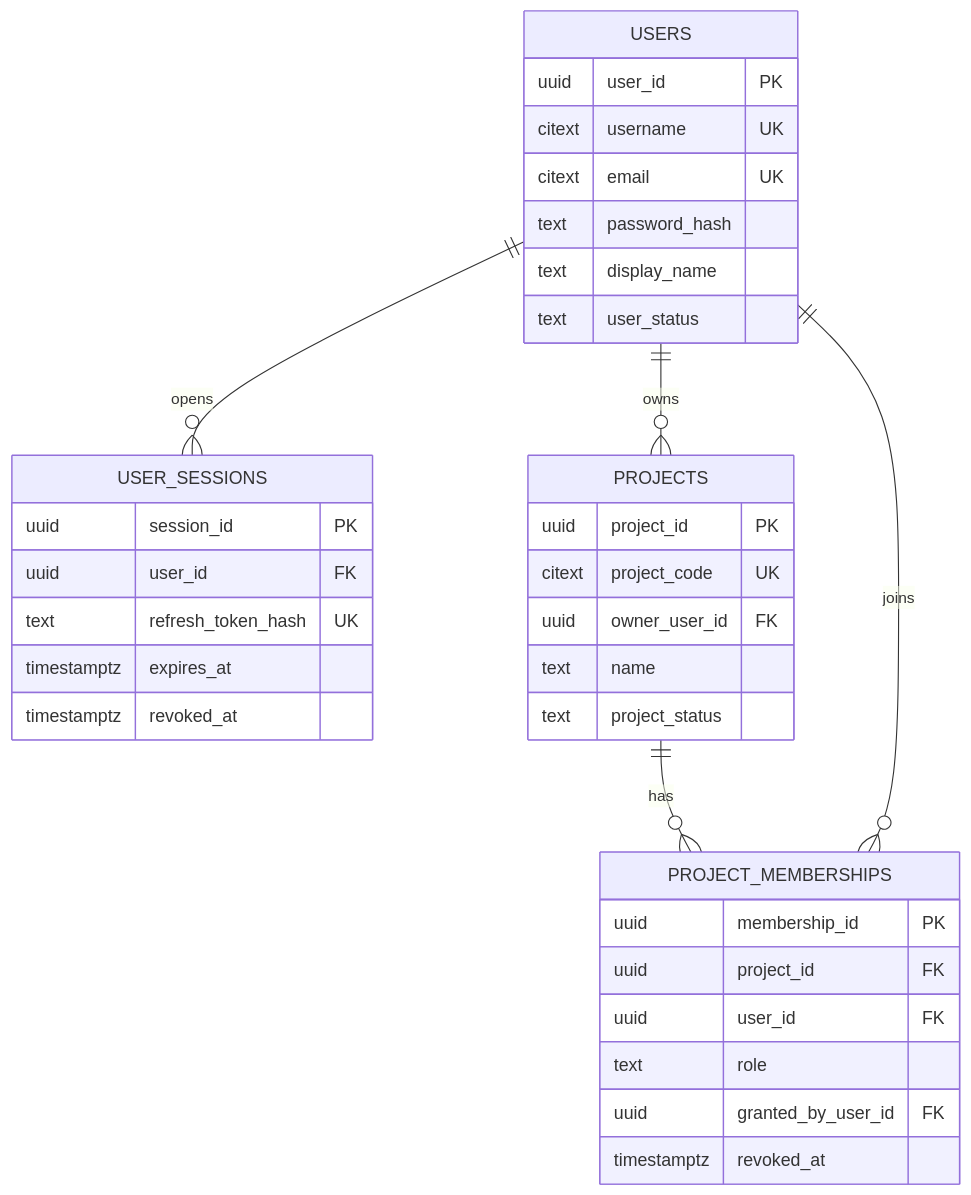
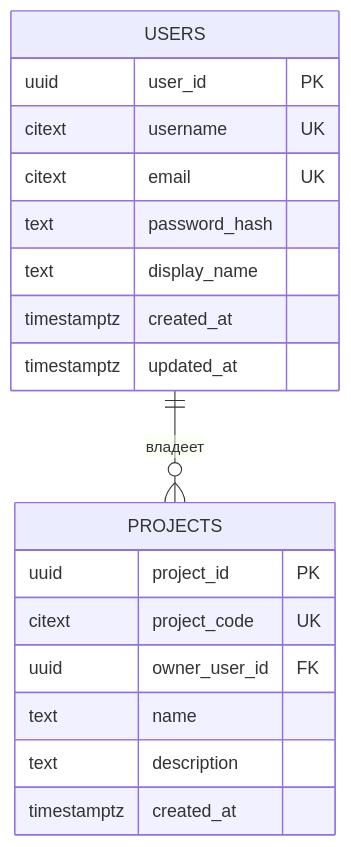
The first of 3 diagrams in docs/database.md (Maronari/AdaptiveML-DSS), drawn with Mermaid before and after one commit. The commit also changed other lines of this file and 17 other files, not shown here.

Commit message:
feat: update UI; update DB schema

````diff
--- a/docs/database.md
+++ b/docs/database.md
@@ -57,41 +50,23 @@
 ```mermaid
 erDiagram
-    USERS ||--o{ USER_SESSIONS : opens
-    USERS ||--o{ PROJECTS : owns
-    PROJECTS ||--o{ PROJECT_MEMBERSHIPS : has
-    USERS ||--o{ PROJECT_MEMBERSHIPS : joins
+    USERS ||--o{ PROJECTS : владеет
 
     USERS {
         uuid user_id PK
         citext username UK
         citext email UK
         text password_hash
         text display_name
-        text user_status
-    }
-
-    USER_SESSIONS {
-        uuid session_id PK
-        uuid user_id FK
-        text refresh_token_hash UK
-        timestamptz expires_at
-        timestamptz revoked_at
+        timestamptz created_at
+        timestamptz updated_at
     }
 
     PROJECTS {
         uuid project_id PK
         citext project_code UK
         uuid owner_user_id FK
         text name
-        text project_status
-    }
-
-    PROJECT_MEMBERSHIPS {
-        uuid membership_id PK
-        uuid project_id FK
-        uuid user_id FK
-        text role
-        uuid granted_by_user_id FK
-        timestamptz revoked_at
+        text description
+        timestamptz created_at
     }
 ```
````
